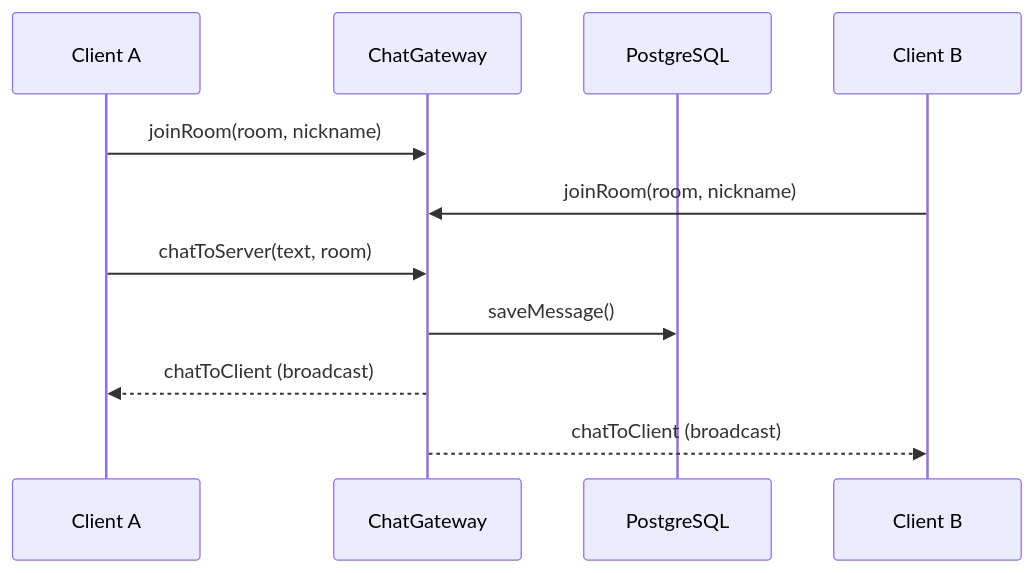
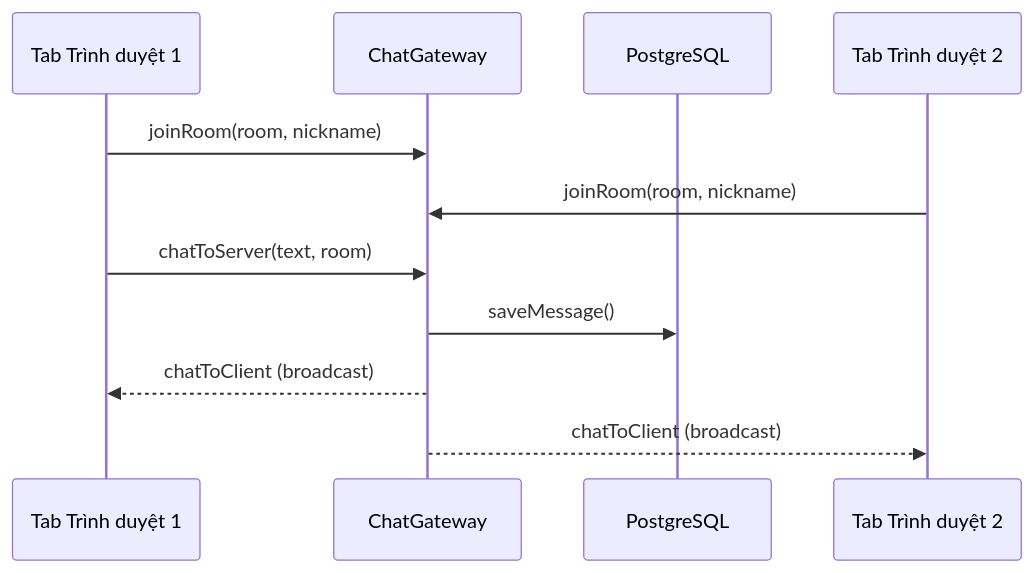
One commit to starci-lab/starci-academy-backend changed the diagram in .mount/data/courses/0-fullstack-mastery/modules/4-websocket-and-realtime-communication/contents/0-socketio-realtime-chat/vi.md. Above: the diagram before and after it, drawn with Mermaid. The commit also changed other lines of this file and 69 other files, not shown here.

````diff
--- a/.mount/data/courses/0-fullstack-mastery/modules/4-websocket-and-realtime-communication/contents/0-socketio-realtime-chat/vi.md
+++ b/.mount/data/courses/0-fullstack-mastery/modules/4-websocket-and-realtime-communication/contents/0-socketio-realtime-chat/vi.md
@@ -44,13 +45,13 @@
 ```mermaid
 sequenceDiagram
-    participant C1 as Client A
+    participant C1 as Tab Trình duyệt 1
     participant GW as ChatGateway
     participant DB as PostgreSQL
-    participant C2 as Client B
+    participant C2 as Tab Trình duyệt 2
     C1->>GW: joinRoom(room, nickname)
     C2->>GW: joinRoom(room, nickname)
     C1->>GW: chatToServer(text, room)
     GW->>DB: saveMessage()
     GW-->>C1: chatToClient (broadcast)
     GW-->>C2: chatToClient (broadcast)
 ```
````
